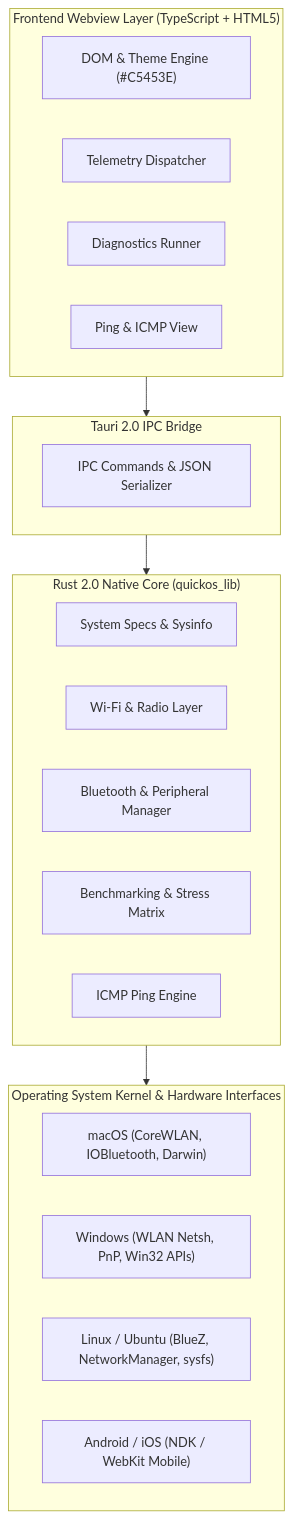
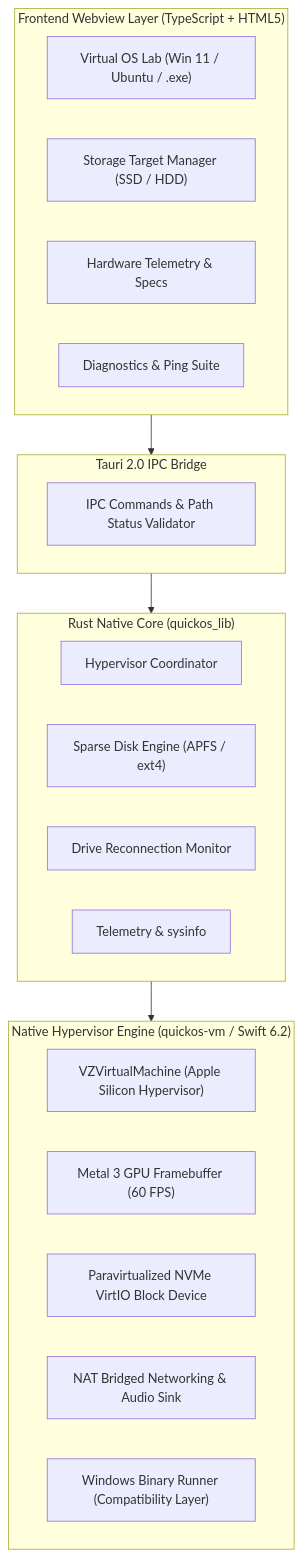
The diagram in docs/ARCHITECTURE.md (uchitchakma/quickOS), drawn with Mermaid before and after one commit. The commit also changed other lines of this file and 2 other files, not shown here.

Commit message:
docs: overhaul README and docs to showcase quickOS as a real local OS runner and virtualization platform

````diff
--- a/docs/ARCHITECTURE.md
+++ b/docs/ARCHITECTURE.md
@@ -13,32 +13,32 @@
 ```mermaid
 flowchart TD
     subgraph UI ["Frontend Webview Layer (TypeScript + HTML5)"]
-        A["DOM & Theme Engine (#C5453E)"]
-        B["Telemetry Dispatcher"]
-        C["Diagnostics Runner"]
-        D["Ping & ICMP View"]
+        A["Virtual OS Lab (Win 11 / Ubuntu / .exe)"]
+        B["Storage Target Manager (SSD / HDD)"]
+        C["Hardware Telemetry & Specs"]
+        D["Diagnostics & Ping Suite"]
     end
 
     subgraph IPC ["Tauri 2.0 IPC Bridge"]
-        E["IPC Commands & JSON Serializer"]
+        E["IPC Commands & Path Status Validator"]
     end
 
-    subgraph Rust ["Rust 2.0 Native Core (quickos_lib)"]
-        F["System Specs & Sysinfo"]
-        G["Wi-Fi & Radio Layer"]
-        H["Bluetooth & Peripheral Manager"]
-        I["Benchmarking & Stress Matrix"]
-        J["ICMP Ping Engine"]
+    subgraph Core ["Rust Native Core (quickos_lib)"]
+        F["Hypervisor Coordinator"]
+        G["Sparse Disk Engine (APFS / ext4)"]
+        H["Drive Reconnection Monitor"]
+        I["Telemetry & sysinfo"]
     end
 
-    subgraph OS ["Operating System Kernel & Hardware Interfaces"]
-        K1["macOS (CoreWLAN, IOBluetooth, Darwin)"]
-        K2["Windows (WLAN Netsh, PnP, Win32 APIs)"]
-        K3["Linux / Ubuntu (BlueZ, NetworkManager, sysfs)"]
-        K4["Android / iOS (NDK / WebKit Mobile)"]
+    subgraph Hypervisor ["Native Hypervisor Engine (quickos-vm / Swift 6.2)"]
+        J1["VZVirtualMachine (Apple Silicon Hypervisor)"]
+        J2["Metal 3 GPU Framebuffer (60 FPS)"]
+        J3["Paravirtualized NVMe VirtIO Block Device"]
+        J4["NAT Bridged Networking & Audio Sink"]
+        J5["Windows Binary Runner (Compatibility Layer)"]
     end
 
     UI --> IPC
-    IPC --> Rust
-    Rust --> OS
+    IPC --> Core
+    Core --> Hypervisor
 ```
````
